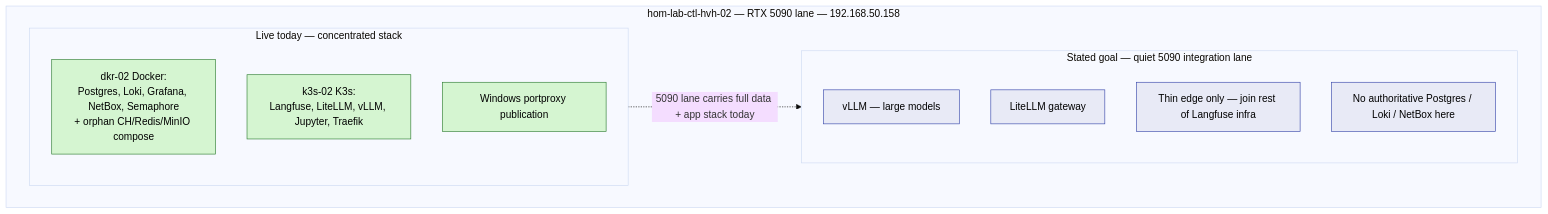
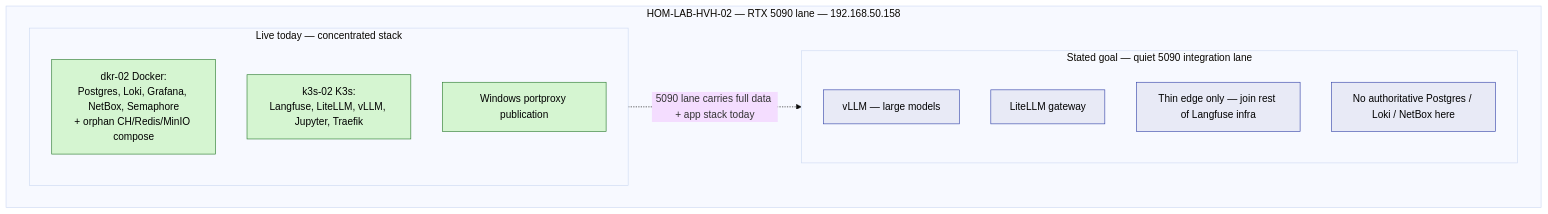
Before and after one commit to doesitscript/dotfile-vnext: the sixth of 7 diagrams in docs/lessons-learned/lang-infra-retro/two-physical-server-langfuse-distribution-retrospective.md, drawn with Mermaid (base theme). The commit also changed other lines of this file and 271 other files, not shown here.

First line of the commit message:
Rename schema dropping middle ctl and update HOM-LAB-CTL-HVH-01

````diff
--- a/docs/lessons-learned/lang-infra-retro/two-physical-server-langfuse-distribution-retrospective.md
+++ b/docs/lessons-learned/lang-infra-retro/two-physical-server-langfuse-distribution-retrospective.md
@@ -291,24 +291,24 @@
 ```mermaid
 flowchart TB
-  subgraph hvh02 ["hom-lab-ctl-hvh-02 — RTX 5090 lane — 192.168.50.158"]
+  subgraph hvh02 ["HOM-LAB-HVH-02 — RTX 5090 lane — 192.168.50.158"]
     subgraph live02 ["Live today — concentrated stack"]
       l_dkr["dkr-02 Docker:<br/>Postgres, Loki, Grafana, NetBox, Semaphore<br/>+ orphan CH/Redis/MinIO compose"]
       l_k3s["k3s-02 K3s:<br/>Langfuse, LiteLLM, vLLM, Jupyter, Traefik"]
       l_pub["Windows portproxy publication"]
     end
 
     subgraph planned02 ["Stated goal — quiet 5090 integration lane"]
       p_vllm["vLLM — large models"]
       p_llm["LiteLLM gateway"]
       p_edge["Thin edge only — join rest of Langfuse infra"]
       p_no_data["No authoritative Postgres / Loki / NetBox here"]
     end
   end
 
   live02 -.->|"5090 lane carries full data + app stack today"| planned02
 
   classDef live fill:#d5f5d1,stroke:#2e7d32,color:#000
   classDef planned fill:#e8eaf6,stroke:#3949ab,color:#000
   class l_dkr,l_k3s,l_pub live
   class p_vllm,p_llm,p_edge,p_no_data planned
 ```
````
